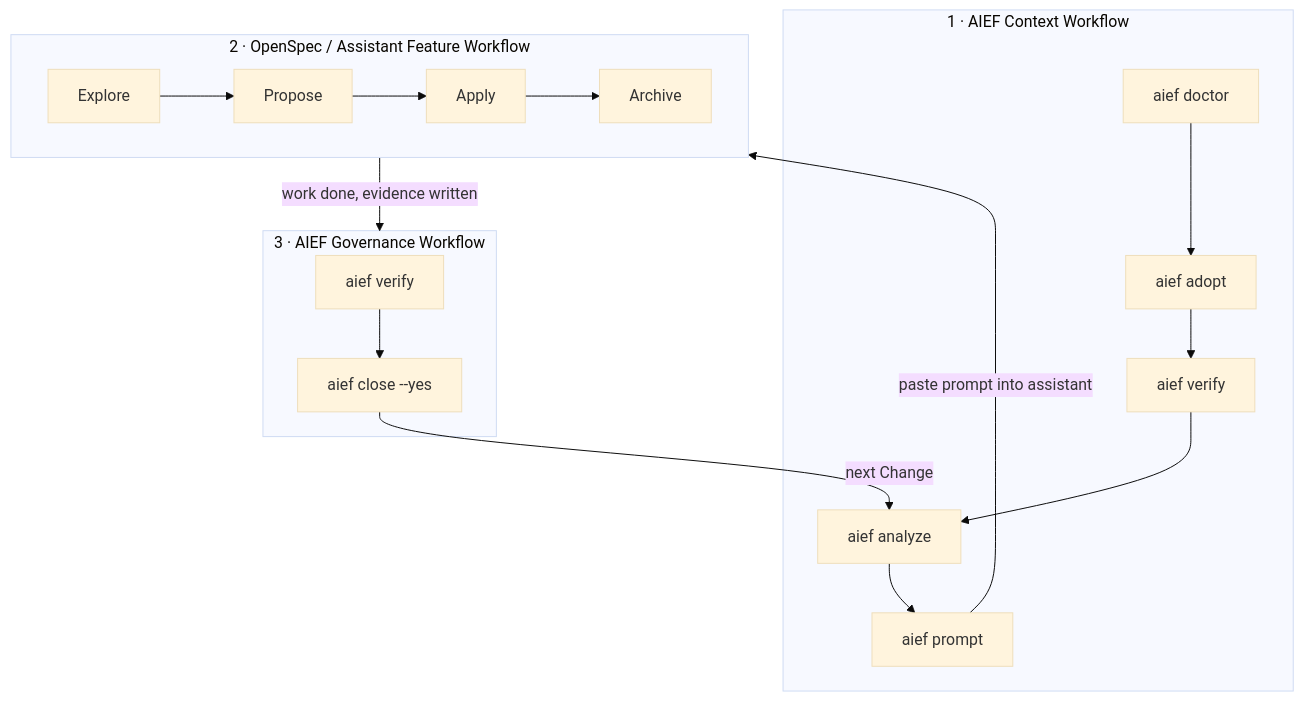
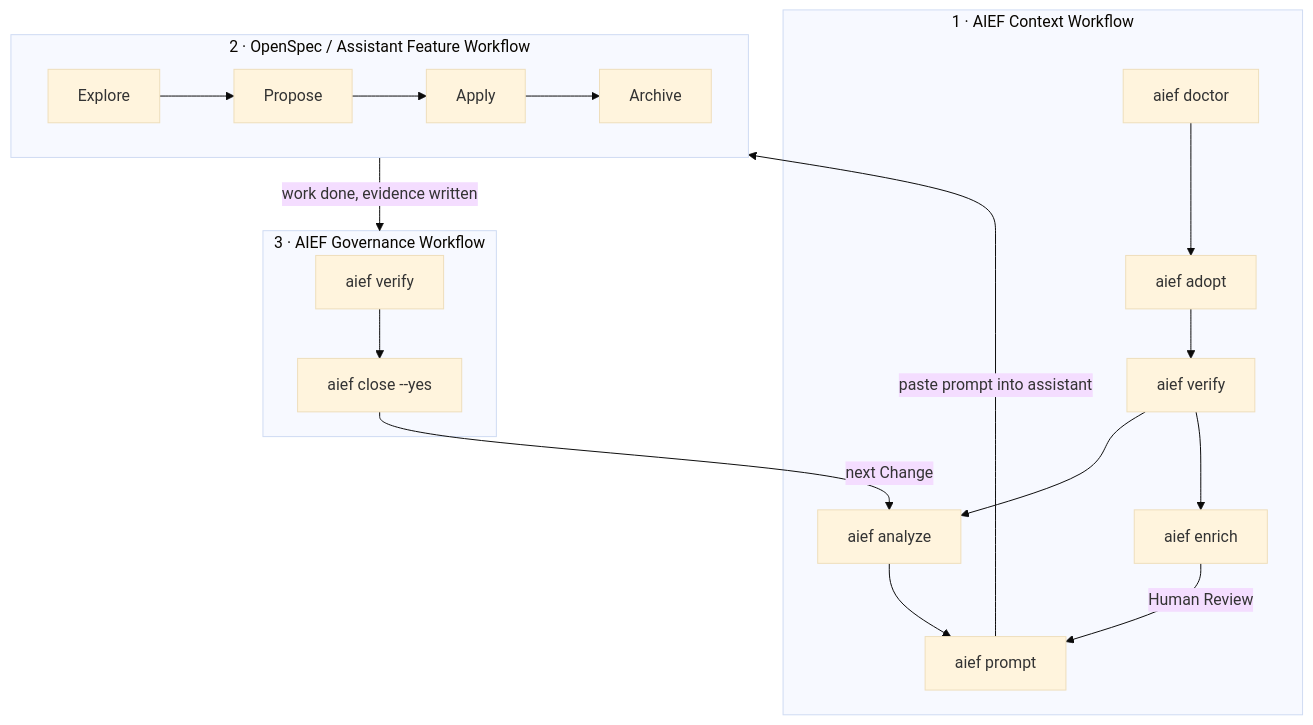
Before and after one commit to avazquezmaza/aief-next: the diagram in docs/Workflow.md, drawn with Mermaid (base theme). The commit also changed other lines of this file and 18 other files, not shown here.

````diff
--- a/docs/Workflow.md
+++ b/docs/Workflow.md
@@ -9,15 +9,19 @@
 ```mermaid
 flowchart TD
     subgraph L1["1 · AIEF Context Workflow"]
-        A1[aief doctor] --> A2[aief adopt] --> A3[aief verify] --> A4[aief analyze] --> A5[aief prompt]
+        A1[aief doctor] --> A2[aief adopt] --> A3[aief verify]
+        A3 --> A4[aief analyze]
+        A3 --> A4c[aief enrich]
+        A4 --> A5[aief prompt]
+        A4c -->|Human Review| A5
     end
     subgraph L2["2 · OpenSpec / Assistant Feature Workflow"]
         B1[Explore] --> B2[Propose] --> B3[Apply] --> B4[Archive]
     end
     subgraph L3["3 · AIEF Governance Workflow"]
         C1[aief verify] --> C2[aief close --yes]
     end
     A5 -->|paste prompt into assistant| L2
     L2 -->|work done, evidence written| L3
     C2 -->|next Change| A4
 ```
````
